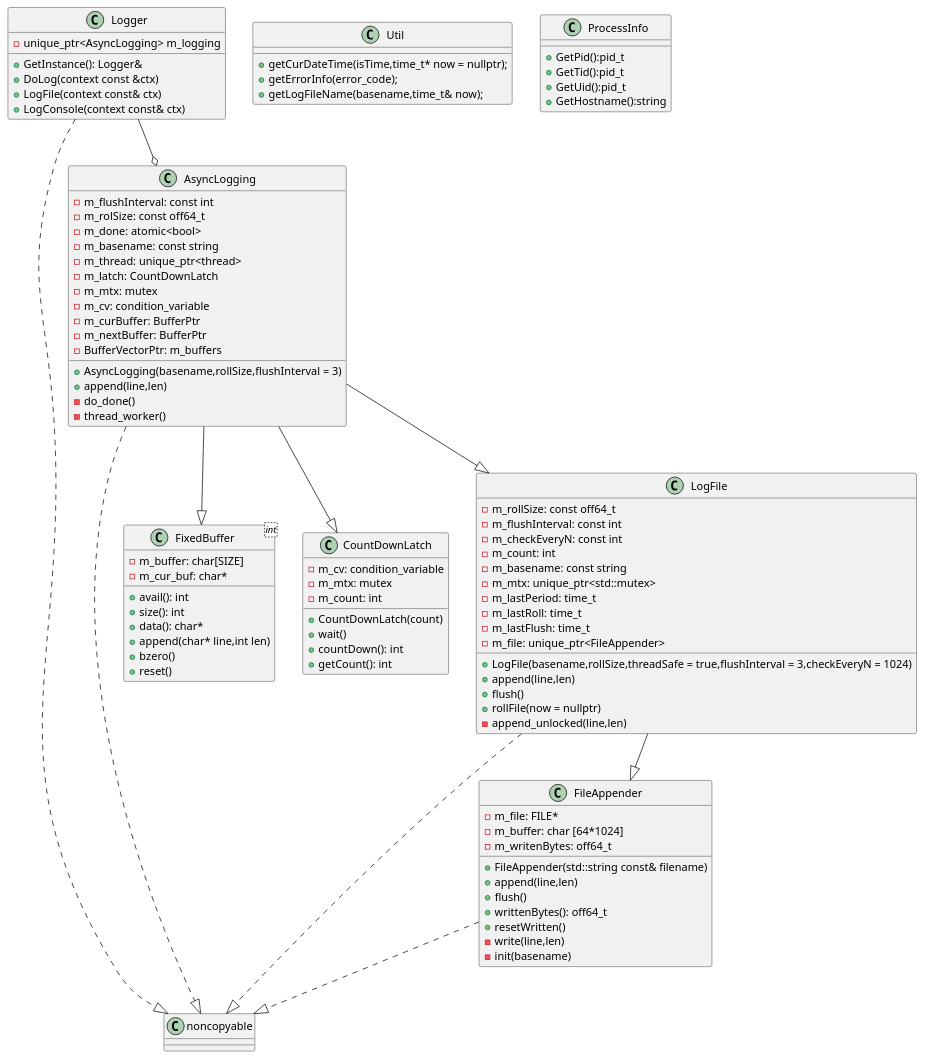
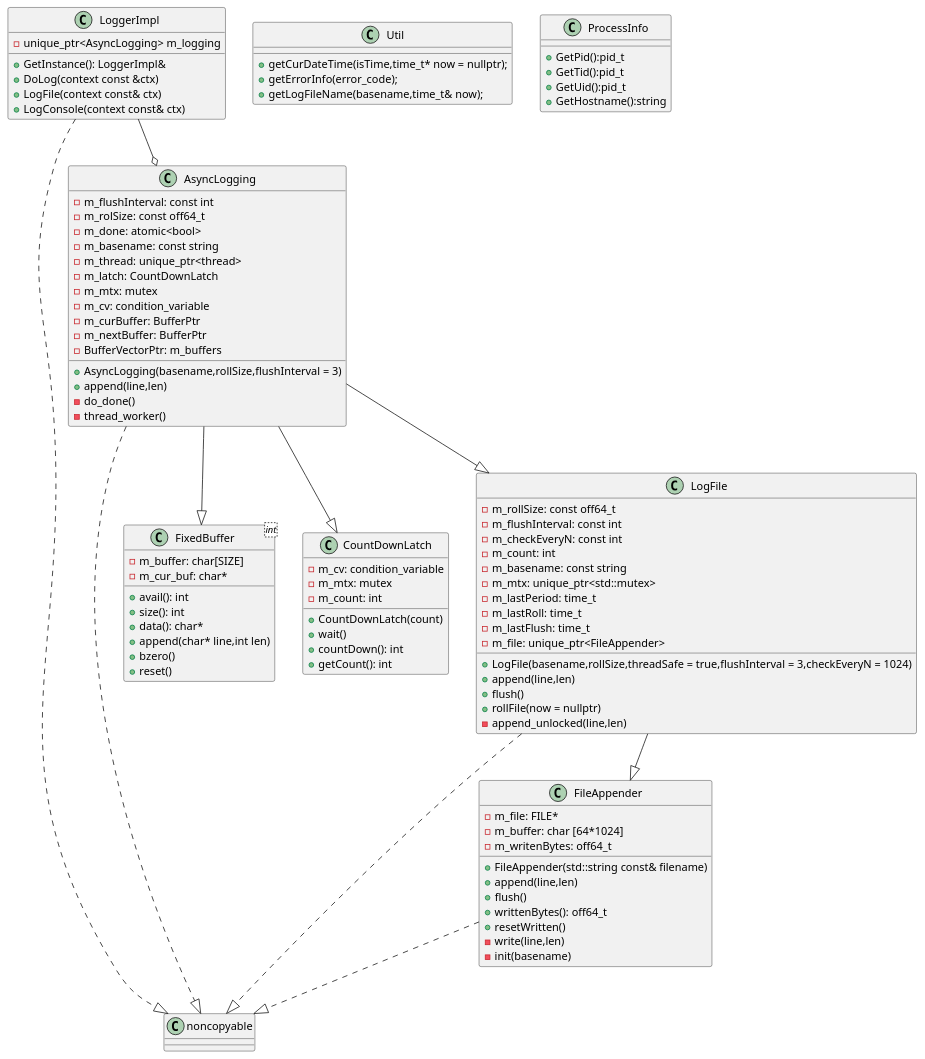
Before and after one commit to acking-you/elog4cpp: the diagram in doc/logger.puml, drawn with PlantUML. The commit also changed 14 other files, not shown here.

```diff
--- a/doc/logger.puml
+++ b/doc/logger.puml
@@ -1,114 +1,114 @@
 @startuml
 'https://plantuml.com/class-diagram
 
 class noncopyable{
 
 }
 
 class Util{
 +getCurDateTime(isTime,time_t* now = nullptr);
 +getErrorInfo(error_code);
 +getLogFileName(basename,time_t& now);
 }
 
 class ProcessInfo{
     +GetPid():pid_t
     +GetTid():pid_t
     +GetUid():pid_t
     +GetHostname():string
 }
 
 class FixedBuffer<int>{
     -  m_buffer: char[SIZE]
     -  m_cur_buf: char*
 
     + avail(): int
     + size(): int
     + data(): char*
     + append(char* line,int len)
     + bzero()
     + reset()
 }
 
-class Logger{
+class LoggerImpl{
     - unique_ptr<AsyncLogging> m_logging
-    +GetInstance(): Logger&
+    +GetInstance(): LoggerImpl&
     +DoLog(context const &ctx)
     +LogFile(context const& ctx)
     +LogConsole(context const& ctx)
 }
 
 class CountDownLatch{
     -m_cv: condition_variable
     -m_mtx: mutex
     -m_count: int
     +CountDownLatch(count)
     +wait()
     +countDown(): int
     +getCount(): int
 }
 
 class AsyncLogging{
   -m_flushInterval: const int
   -m_rolSize: const off64_t
   -m_done: atomic<bool>
   -m_basename: const string
   -m_thread: unique_ptr<thread>
   -m_latch: CountDownLatch
   -m_mtx: mutex
   -m_cv: condition_variable
   -m_curBuffer: BufferPtr
   -m_nextBuffer: BufferPtr
   -BufferVectorPtr: m_buffers
   +AsyncLogging(basename,rollSize,flushInterval = 3)
   +append(line,len)
   -do_done()
   -thread_worker()
 }
 
 class LogFile{
 -m_rollSize: const off64_t
 -m_flushInterval: const int
 -m_checkEveryN: const int
 -m_count: int
 -m_basename: const string
 -m_mtx: unique_ptr<std::mutex>
 -m_lastPeriod: time_t
 -m_lastRoll: time_t
 -m_lastFlush: time_t
 -m_file: unique_ptr<FileAppender>
 +LogFile(basename,rollSize,threadSafe = true,flushInterval = 3,checkEveryN = 1024)
 +append(line,len)
 +flush()
 +rollFile(now = nullptr)
 -append_unlocked(line,len)
 }
 
 
 class FileAppender{
      - m_file: FILE*
      - m_buffer: char [64*1024]
      - m_writenBytes: off64_t
      + FileAppender(std::string const& filename)
      + append(line,len)
      + flush()
      + writtenBytes(): off64_t
      + resetWritten()
      - write(line,len)
      - init(basename)
 }
-Logger -.|> noncopyable
-Logger --o AsyncLogging
+LoggerImpl -.|> noncopyable
+LoggerImpl --o AsyncLogging
 
 AsyncLogging --|> LogFile
 
 AsyncLogging --|> FixedBuffer
 
 AsyncLogging --|> CountDownLatch
 
 AsyncLogging -.|> noncopyable
 LogFile --|> FileAppender
 
 LogFile -.|> noncopyable
 FileAppender -.|> noncopyable
 @enduml
```
